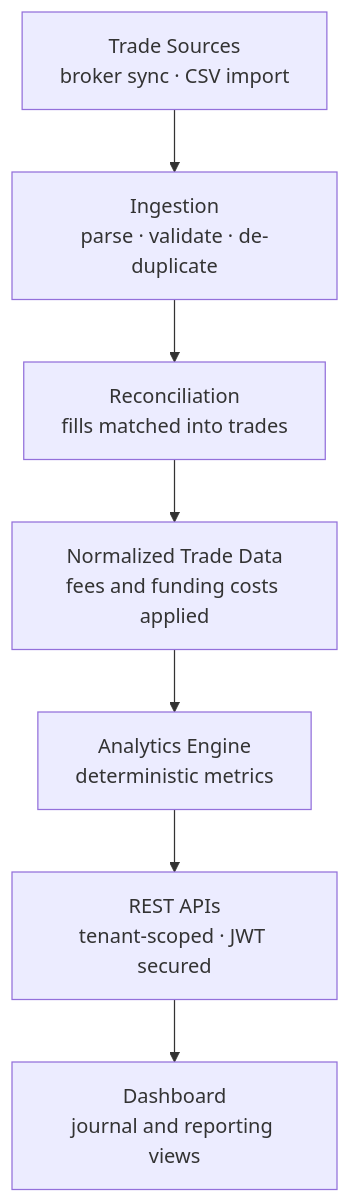
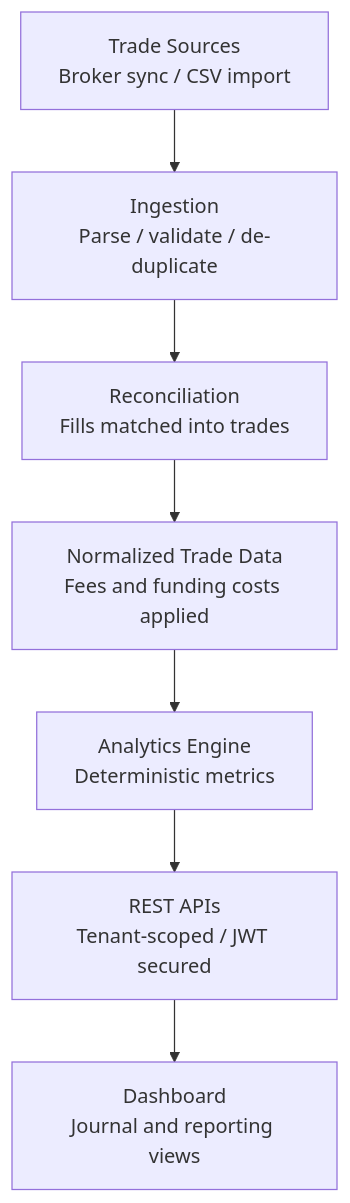
Before and after one commit to arupmahato03/arupmahato03.github.io: the diagram in README.md, drawn with Mermaid.

Commit message:
Refactor flowchart labels in README for consistency and clarity

````diff
--- a/README.md
+++ b/README.md
@@ -77,9 +77,9 @@
 ```mermaid
 flowchart TD
-    A[Trade Sources<br/>broker sync · CSV import] --> B[Ingestion<br/>parse · validate · de-duplicate]
-    B --> C[Reconciliation<br/>fills matched into trades]
-    C --> D[Normalized Trade Data<br/>fees and funding costs applied]
-    D --> E[Analytics Engine<br/>deterministic metrics]
-    E --> F[REST APIs<br/>tenant-scoped · JWT secured]
-    F --> G[Dashboard<br/>journal and reporting views]
+    A["Trade Sources<br/>Broker sync / CSV import"] --> B["Ingestion<br/>Parse / validate / de-duplicate"]
+    B --> C["Reconciliation<br/>Fills matched into trades"]
+    C --> D["Normalized Trade Data<br/>Fees and funding costs applied"]
+    D --> E["Analytics Engine<br/>Deterministic metrics"]
+    E --> F["REST APIs<br/>Tenant-scoped / JWT secured"]
+    F --> G["Dashboard<br/>Journal and reporting views"]
 ```
````
